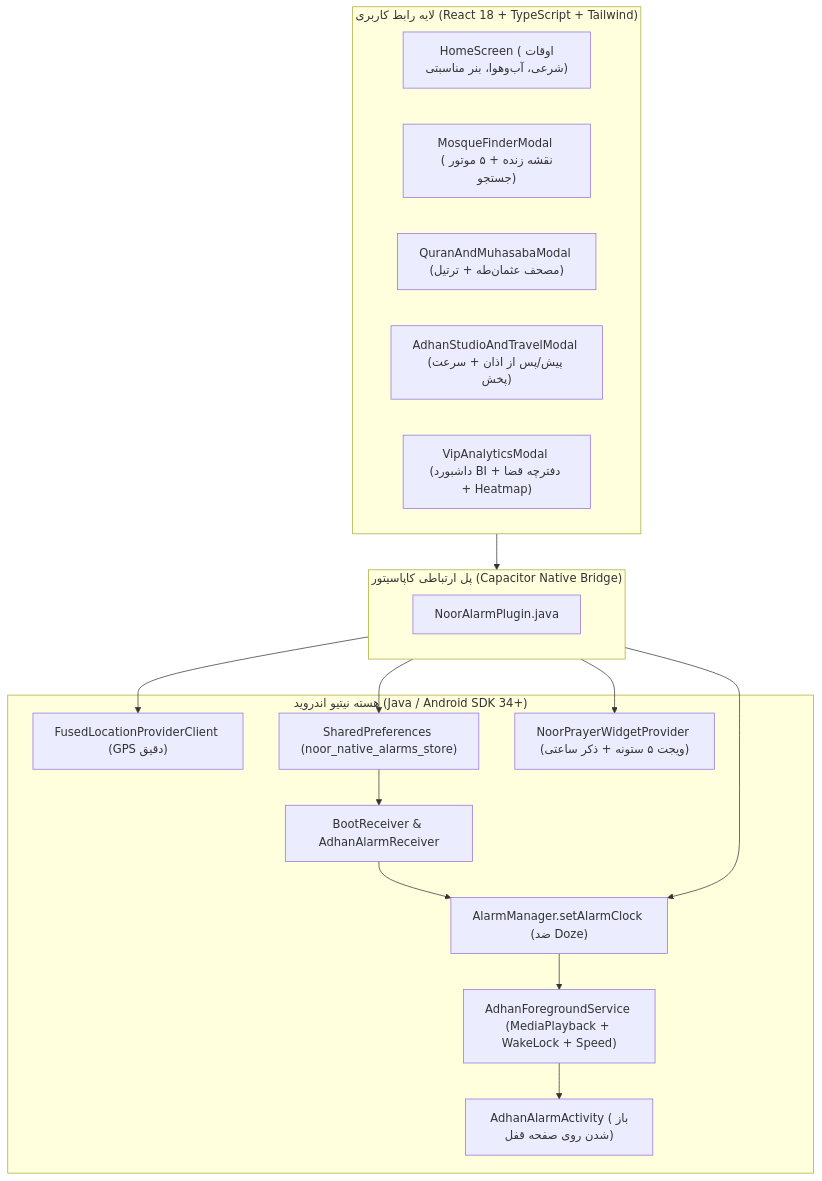
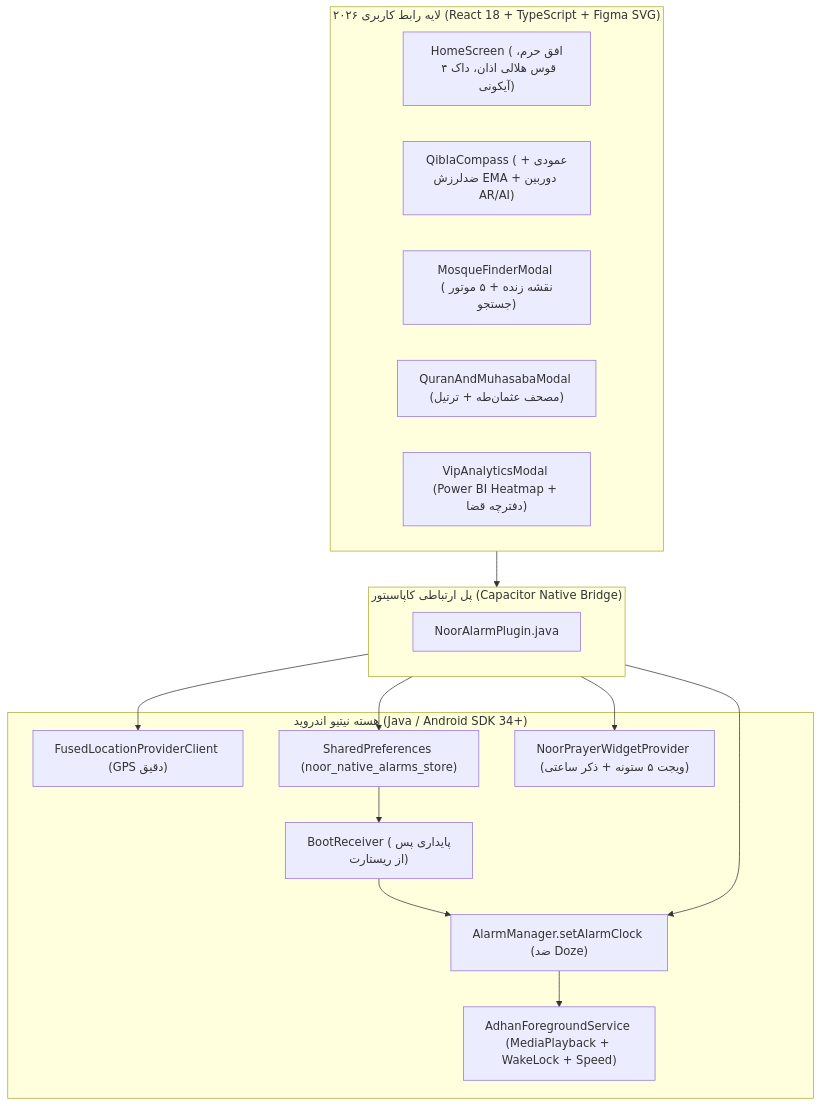
One commit to yasin321/noor-app changed the diagram in README.md. Above: the diagram before and after it, drawn with Mermaid. The commit also changed other lines of this file and 8 other files, not shown here.

````diff
--- a/README.md
+++ b/README.md
@@ -57,34 +64,32 @@
 ```mermaid
 graph TD
-    subgraph UI ["لایه رابط کاربری (React 18 + TypeScript + Tailwind)"]
-        Home["HomeScreen (اوقات شرعی، آب‌وهوا، بنر مناسبتی)"]
+    subgraph UI ["لایه رابط کاربری ۲۰۲۶ (React 18 + TypeScript + Figma SVG)"]
+        Home["HomeScreen (افق حرم، قوس هلالی اذان، داک ۴ آیکونی)"]
+        Qibla["QiblaCompass (عمودی + ضدلرزش EMA + دوربین AR/AI)"]
         Mosque["MosqueFinderModal (نقشه زنده + ۵ موتور جستجو)"]
         Quran["QuranAndMuhasabaModal (مصحف عثمان‌طه + ترتیل)"]
-        Studio["AdhanStudioAndTravelModal (پیش/پس از اذان + سرعت پخش)"]
-        VIP["VipAnalyticsModal (داشبورد BI + دفترچه قضا + Heatmap)"]
+        VIP["VipAnalyticsModal (Power BI Heatmap + دفترچه قضا)"]
     end
 
     subgraph Bridge ["پل ارتباطی کاپاسیتور (Capacitor Native Bridge)"]
         Plugin["NoorAlarmPlugin.java"]
     end
 
     subgraph AndroidKernel ["هسته نیتیو اندروید (Java / Android SDK 34+)"]
         Fused["FusedLocationProviderClient (GPS دقیق)"]
         AlarmMgr["AlarmManager.setAlarmClock (ضد Doze)"]
         Prefs["SharedPreferences (noor_native_alarms_store)"]
-        Boot["BootReceiver & AdhanAlarmReceiver"]
+        Boot["BootReceiver (پایداری پس از ریستارت)"]
         Service["AdhanForegroundService (MediaPlayback + WakeLock + Speed)"]
-        FullUI["AdhanAlarmActivity (باز شدن روی صفحه قفل)"]
         Widget["NoorPrayerWidgetProvider (ویجت ۵ ستونه + ذکر ساعتی)"]
     end
 
     UI --> Bridge
     Bridge --> Fused
     Bridge --> AlarmMgr
     Bridge --> Prefs
     Bridge --> Widget
     Prefs --> Boot
     Boot --> AlarmMgr
     AlarmMgr --> Service
-    Service --> FullUI
 ```
````
